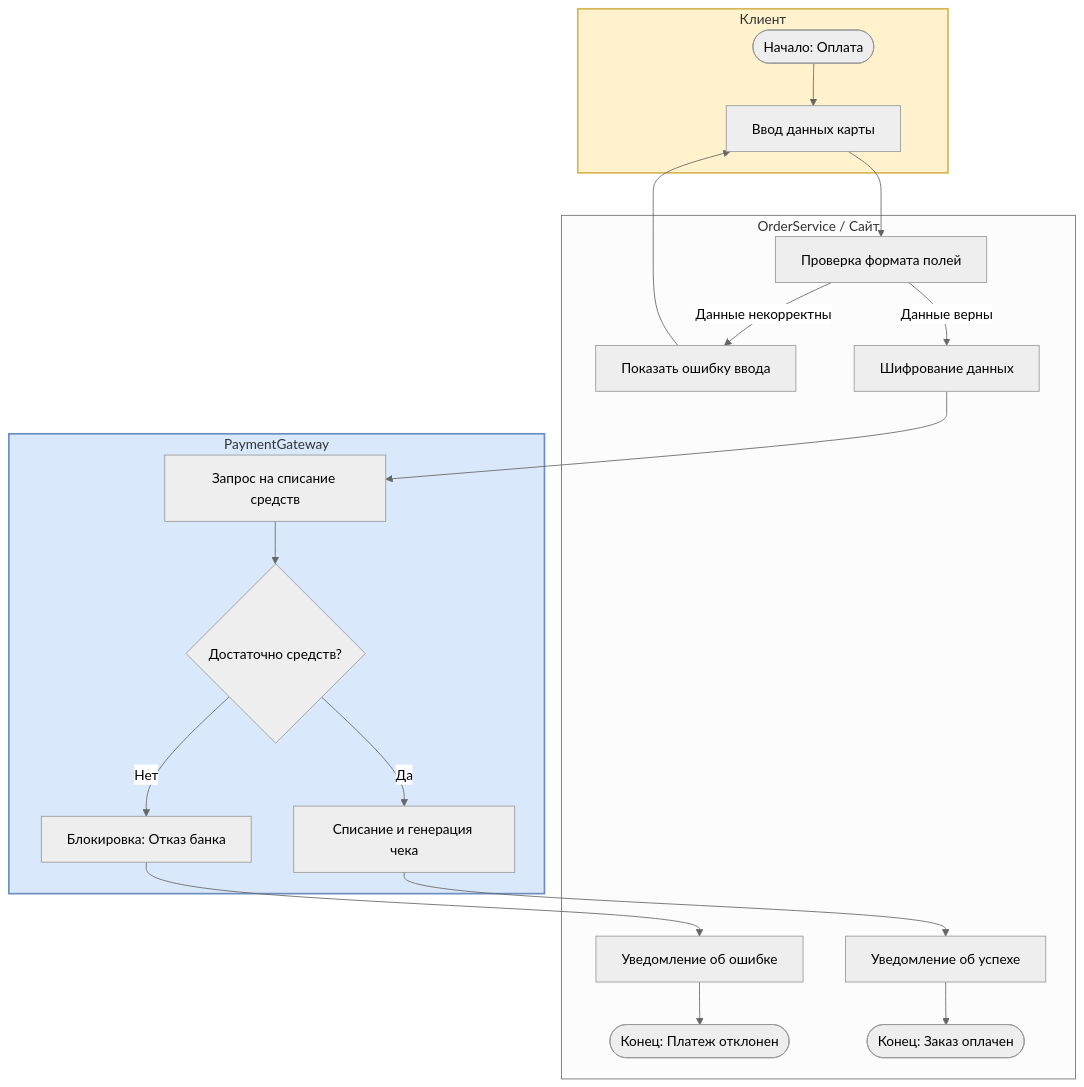
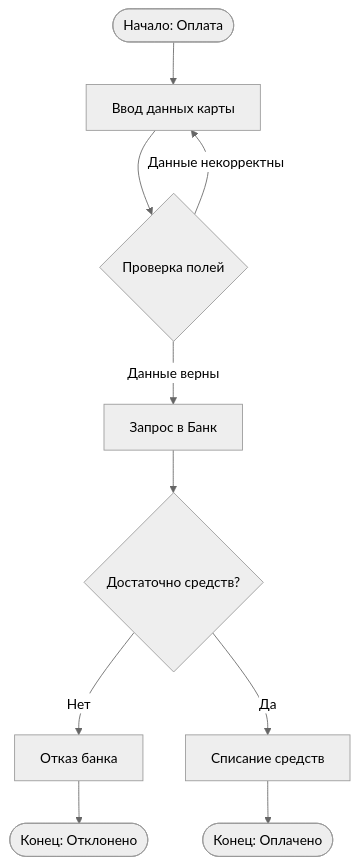
One commit to nikitaOsipof/TP changed the third of 4 diagrams in README.md. Above: the diagram before and after it, drawn with Mermaid (neutral theme). The commit also changed other lines of this file, not shown here.

````diff
--- a/README.md
+++ b/README.md
@@ -99,32 +70,12 @@
 ```mermaid
-flowchart TB
-    subgraph Клиент
-        A([Начало: Оплата]) --> B[Ввод данных карты]
-    end
-
-    subgraph Система [OrderService / Сайт]
-        B --> C[Проверка формата полей]
-        C -->|Данные некорректны| D[Показать ошибку ввода]
-        D --> B
-        C -->|Данные верны| E[Шифрование данных]
-    end
-
-    subgraph Банк [PaymentGateway]
-        E --> F[Запрос на списание средств]
-        F --> G{Достаточно средств?}
-        G -->|Нет| H[Блокировка: Отказ банка]
-        G -->|Да| I[Списание и генерация чека]
-    end
-
-    H --> J[Уведомление об ошибке]
-    I --> K[Уведомление об успехе]
-
-    subgraph Система [OrderService / Сайт]
-        J --> L([Конец: Платеж отклонен])
-        K --> M([Конец: Заказ оплачен])
-    end
-
-    style Клиент fill:#fff2cc,stroke:#d6b656,stroke-width:2px
-    style Система fill:#e1d5e7,stroke:#9673a6,stroke-width:2px
-    style Банк fill:#dae8fc,stroke:#6c8ebf,stroke-width:2px
+flowchart TD
+    A([Начало: Оплата]) --> B[Ввод данных карты]
+    B --> C{Проверка полей}
+    C -->|Данные некорректны| B
+    C -->|Данные верны| E[Запрос в Банк]
+    E --> G{Достаточно средств?}
+    G -->|Нет| H[Отказ банка]
+    G -->|Да| I[Списание средств]
+    H --> L([Конец: Отклонено])
+    I --> M([Конец: Оплачено])
 ```
````
